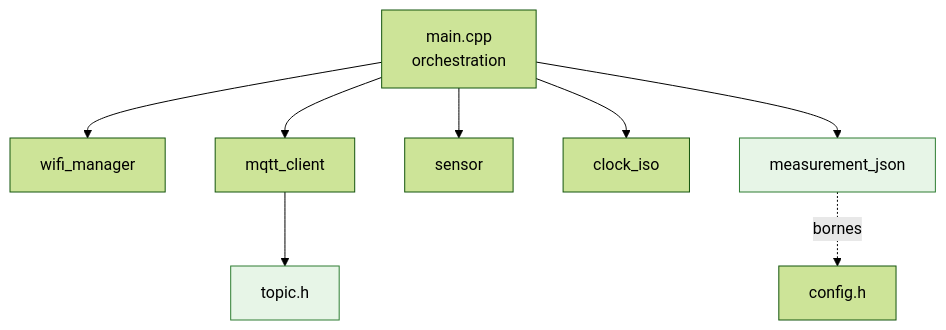
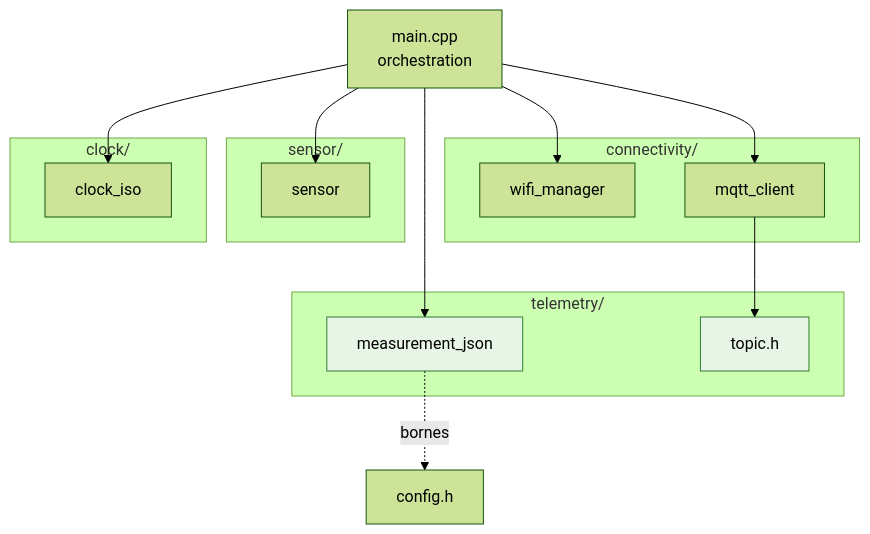
One commit to Enzobu/MSPR-TPRE-814 changed the first of 3 diagrams in docs/iot/firmware.md. Above: the diagram before and after it, drawn with Mermaid (forest theme). The commit also changed other lines of this file and 18 other files, not shown here.

````diff
--- a/docs/iot/firmware.md
+++ b/docs/iot/firmware.md
@@ -43,12 +43,26 @@
 ```mermaid
 flowchart TD
     M[main.cpp<br/>orchestration] --> W[wifi_manager]
     M --> Q[mqtt_client]
     M --> SE[sensor]
     M --> C[clock_iso]
     M --> J[measurement_json]
     Q --> T[topic.h]
     J -. bornes .-> CFG[config.h]
+    subgraph CONN[connectivity/]
+      W
+      Q
+    end
+    subgraph SENSOR[sensor/]
+      SE
+    end
+    subgraph CLOCK[clock/]
+      C
+    end
+    subgraph TEL[telemetry/]
+      J
+      T
+    end
     classDef pure fill:#e7f5e7,stroke:#2e7d32;
     class J,T pure;
 ```
````
